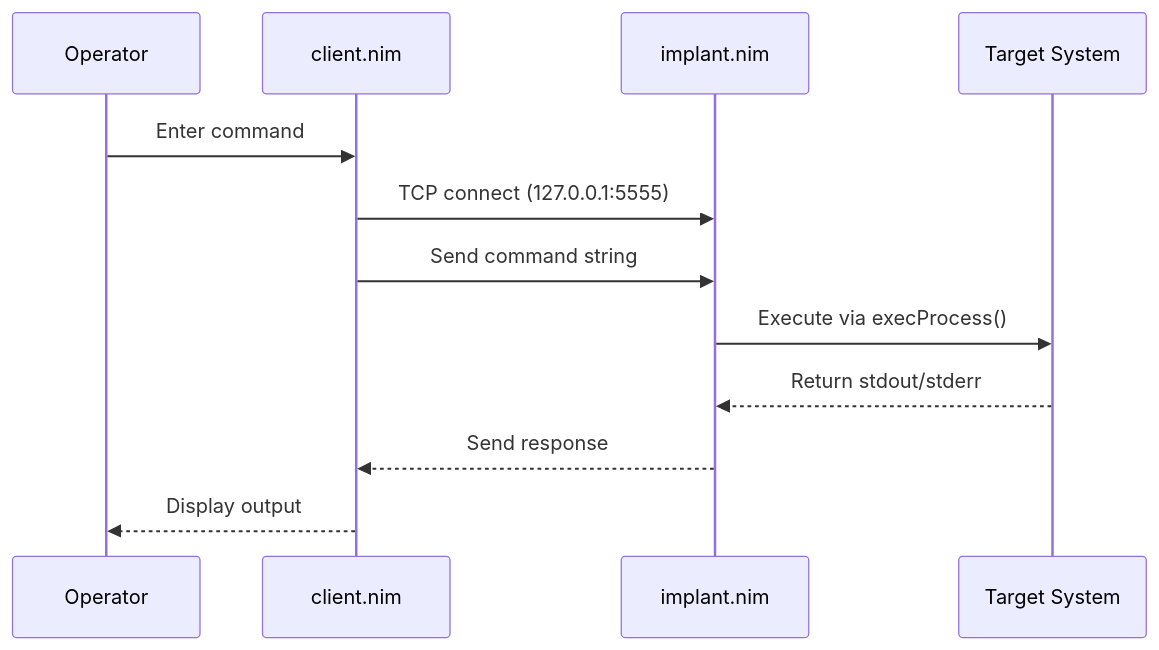
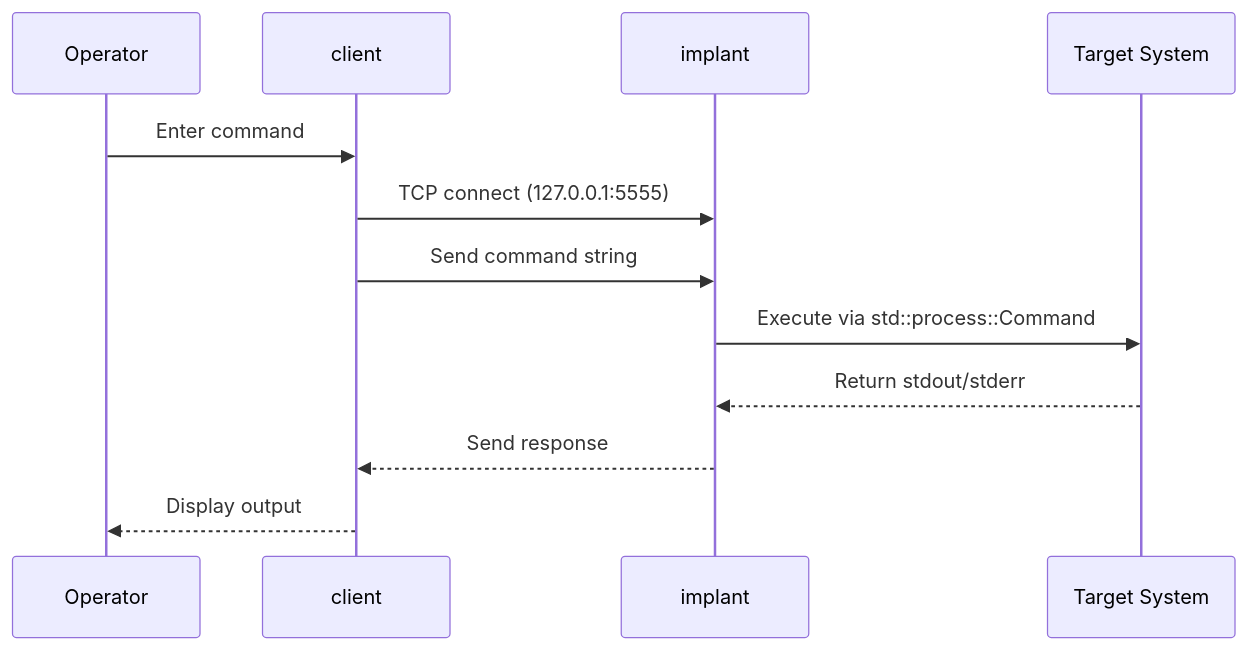
One commit to unclesp1d3r/ghost_monkey changed the diagram in README.md. Above: the diagram before and after it, drawn with Mermaid. The commit also changed other lines of this file and 2 other files, not shown here.

````diff
--- a/README.md
+++ b/README.md
@@ -25,15 +22,15 @@
 ```mermaid
 sequenceDiagram
     participant Operator as Operator
-    participant Client as client.nim
-    participant Implant as implant.nim
+    participant Client as client
+    participant Implant as implant
     participant OS as Target System
 
     Operator->>Client: Enter command
     Client->>Implant: TCP connect (127.0.0.1:5555)
     Client->>Implant: Send command string
-    Implant->>OS: Execute via execProcess()
+    Implant->>OS: Execute via std::process::Command
     OS-->>Implant: Return stdout/stderr
     Implant-->>Client: Send response
     Client-->>Operator: Display output
 ```
````
